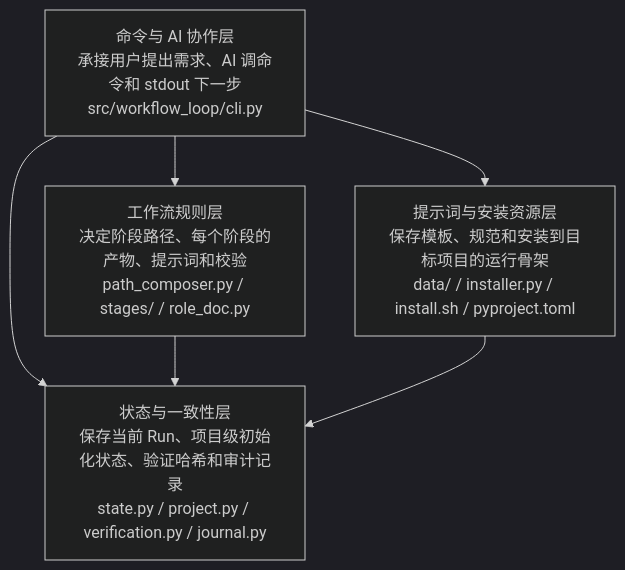
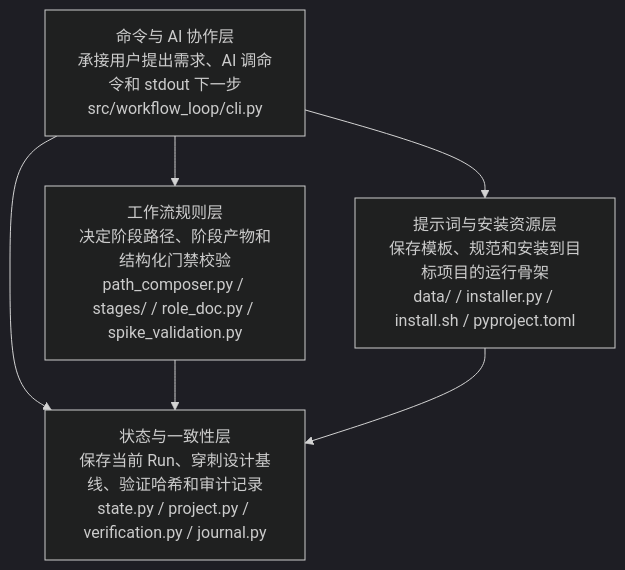
The first of 6 diagrams in spec/architecture_code_design.md (yuzyf/workflow_loop), drawn with Mermaid (dark theme) before and after one commit. The commit also changed other lines of this file and 25 other files, not shown here.

````diff
--- a/spec/architecture_code_design.md
+++ b/spec/architecture_code_design.md
@@ -73,13 +93,13 @@
 ```mermaid
 flowchart TB
     L1["命令与 AI 协作层<br/>承接用户提出需求、AI 调命令和 stdout 下一步<br/>src/workflow_loop/cli.py"]
-    L2["工作流规则层<br/>决定阶段路径、每个阶段的产物、提示词和校验<br/>path_composer.py / stages/ / role_doc.py"]
-    L3["状态与一致性层<br/>保存当前 Run、项目级初始化状态、验证哈希和审计记录<br/>state.py / project.py / verification.py / journal.py"]
+    L2["工作流规则层<br/>决定阶段路径、阶段产物和结构化门禁校验<br/>path_composer.py / stages/ / role_doc.py / spike_validation.py"]
+    L3["状态与一致性层<br/>保存当前 Run、穿刺设计基线、验证哈希和审计记录<br/>state.py / project.py / verification.py / journal.py"]
     L4["提示词与安装资源层<br/>保存模板、规范和安装到目标项目的运行骨架<br/>data/ / installer.py / install.sh / pyproject.toml"]
 
     L1 --> L2
     L1 --> L3
     L1 --> L4
     L2 --> L3
     L4 --> L3
 ```
````
